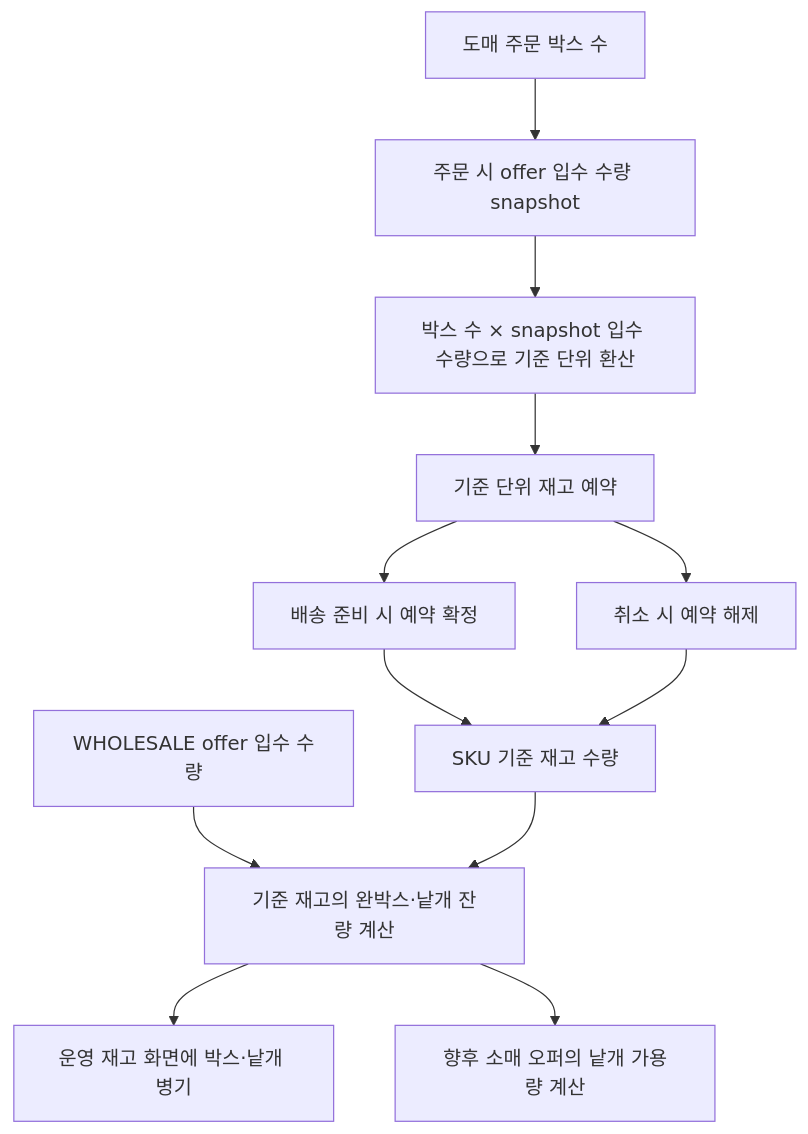
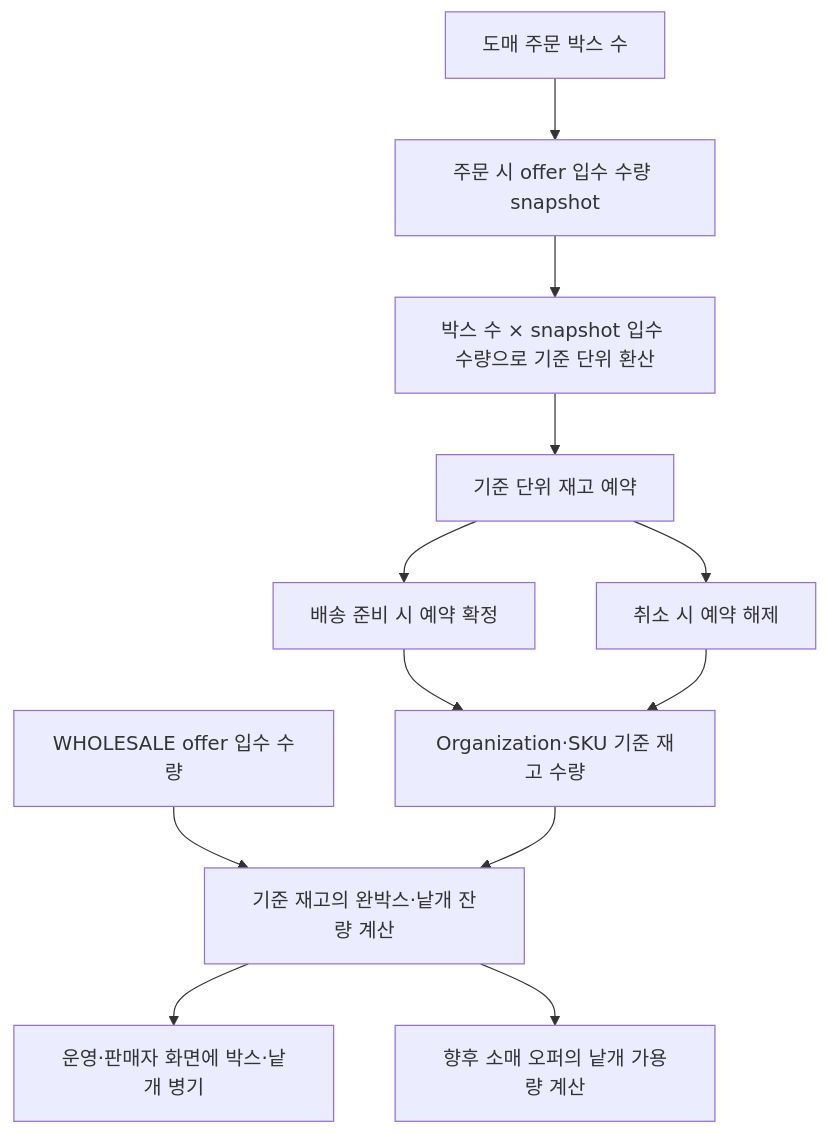
One commit to DongHyeonEom/umji-market-api changed the second of 2 diagrams in docs/services/inventory.md. Above: the diagram before and after it, drawn with Mermaid. The commit also changed other lines of this file and 41 other files, not shown here.

````diff
--- a/docs/services/inventory.md
+++ b/docs/services/inventory.md
@@ -67,14 +75,14 @@
 ```mermaid
 flowchart TD
     OFFER[WHOLESALE offer 입수 수량] --> DISPLAY[기준 재고의 완박스·낱개 잔량 계산]
-    STOCK[SKU 기준 재고 수량] --> DISPLAY
+    STOCK[Organization·SKU 기준 재고 수량] --> DISPLAY
     B2B[도매 주문 박스 수] --> SNAPSHOT[주문 시 offer 입수 수량 snapshot]
     SNAPSHOT --> CONVERT[박스 수 × snapshot 입수 수량으로 기준 단위 환산]
     CONVERT --> RESERVE[기준 단위 재고 예약]
     RESERVE --> CONFIRM[배송 준비 시 예약 확정]
     RESERVE --> RELEASE[취소 시 예약 해제]
     CONFIRM --> STOCK
     RELEASE --> STOCK
-    DISPLAY --> ADMIN[운영 재고 화면에 박스·낱개 병기]
+    DISPLAY --> ADMIN[운영·판매자 화면에 박스·낱개 병기]
     DISPLAY --> RETAIL[향후 소매 오퍼의 낱개 가용량 계산]
 ```
````
